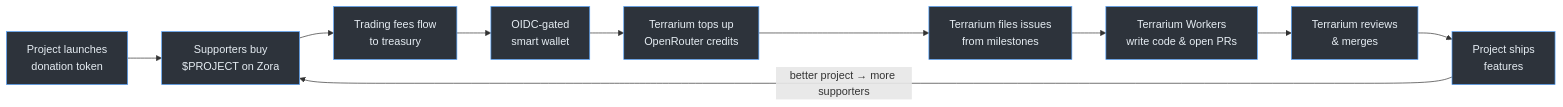
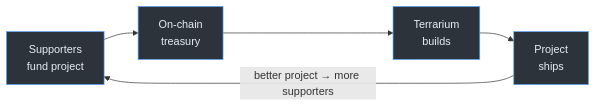
Before and after one commit to jbrower95/terrarium: the diagram in README.md, drawn with Mermaid.

Commit message:
docs: simplify flywheel diagram to 4 nodes

````diff
--- a/README.md
+++ b/README.md
@@ -17,22 +17,12 @@
 ```mermaid
 graph LR
-    A["Project launches<br/>donation token"] --> B["Supporters buy<br/>$PROJECT on Zora"]
-    B --> C["Trading fees flow<br/>to treasury"]
-    C --> D["OIDC-gated<br/>smart wallet"]
-    D --> E["Terrarium tops up<br/>OpenRouter credits"]
-    E --> F["Terrarium files issues<br/>from milestones"]
-    F --> G["Terrarium Workers<br/>write code & open PRs"]
-    G --> H["Terrarium reviews<br/>& merges"]
-    H --> I["Project ships<br/>features"]
-    I -->|"better project → more supporters"| B
+    A["Supporters<br/>fund project"] --> B["On-chain<br/>treasury"]
+    B --> C["Terrarium<br/>builds"]
+    C --> D["Project<br/>ships"]
+    D -->|"better project → more supporters"| A
 
     style A fill:#2d333b,stroke:#58a6ff,color:#e6edf3
     style B fill:#2d333b,stroke:#58a6ff,color:#e6edf3
     style C fill:#2d333b,stroke:#58a6ff,color:#e6edf3
     style D fill:#2d333b,stroke:#58a6ff,color:#e6edf3
-    style E fill:#2d333b,stroke:#58a6ff,color:#e6edf3
-    style F fill:#2d333b,stroke:#58a6ff,color:#e6edf3
-    style G fill:#2d333b,stroke:#58a6ff,color:#e6edf3
-    style H fill:#2d333b,stroke:#58a6ff,color:#e6edf3
-    style I fill:#2d333b,stroke:#58a6ff,color:#e6edf3
 ```
````
